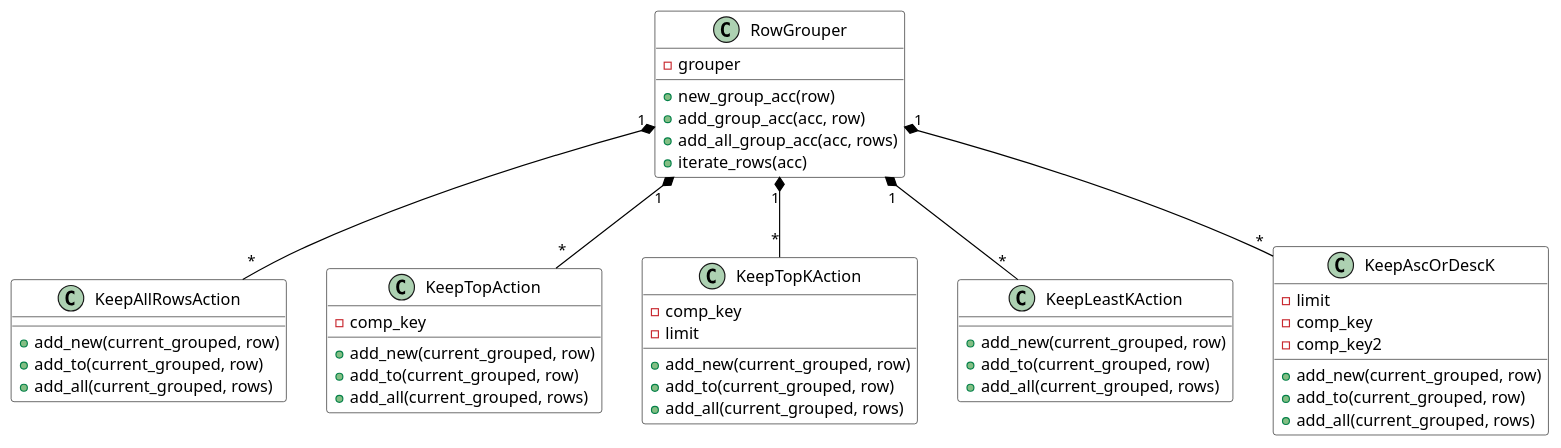
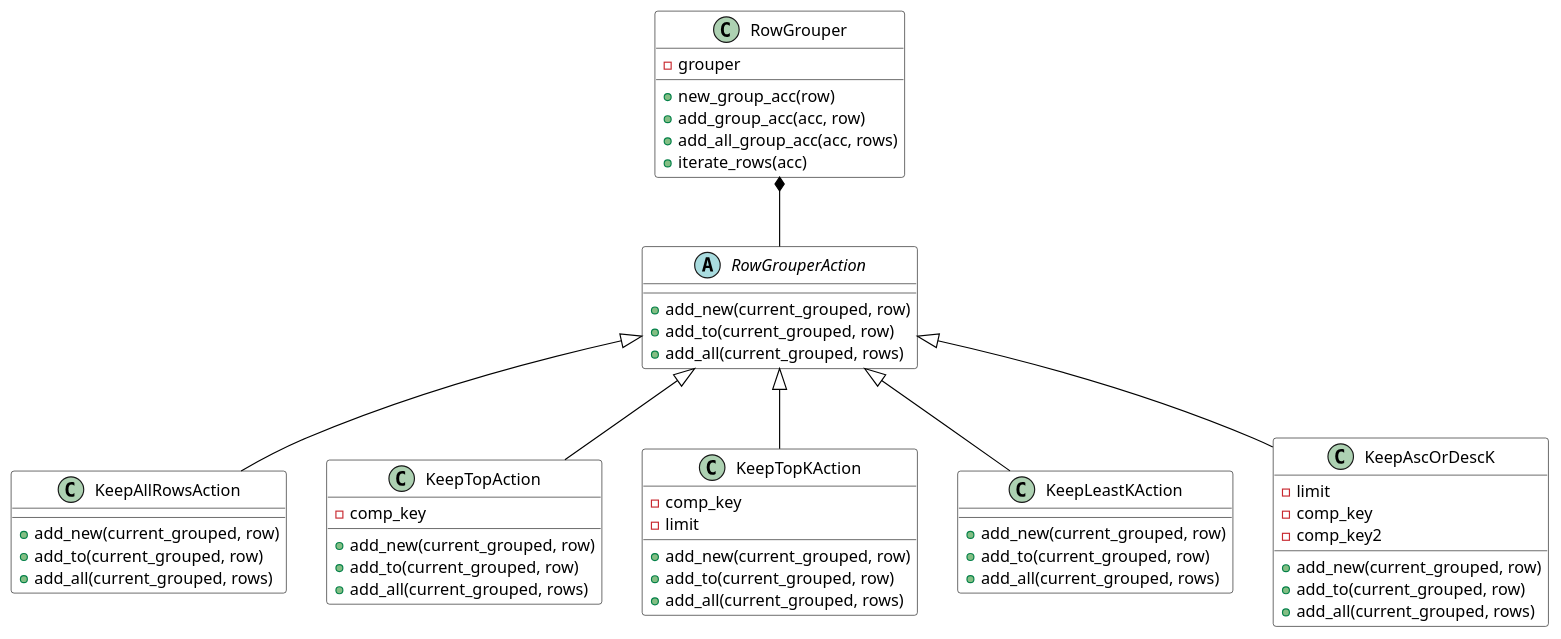
Before and after one commit to SebastianVintonuke/TA050-TP-Design: the diagram in src/img/vista_logica/clases_node_groupby_grouper.puml, drawn with PlantUML. The commit also changed 9 other files, not shown here.

```diff
--- a/src/img/vista_logica/clases_node_groupby_grouper.puml
+++ b/src/img/vista_logica/clases_node_groupby_grouper.puml
@@ -1,59 +1,67 @@
 @startuml
 
 skinparam backgroundColor white
 skinparam classBorderColor black
 skinparam classBackgroundColor white
 skinparam ArrowColor black
 skinparam defaultFontColor black
 
 class KeepAllRowsAction {
     + add_new(current_grouped, row)
     + add_to(current_grouped, row)
     + add_all(current_grouped, rows)
 }
 
 class KeepTopAction {
     - comp_key
     + add_new(current_grouped, row)
     + add_to(current_grouped, row)
     + add_all(current_grouped, rows)
 }
 
 class KeepTopKAction {
     - comp_key
     - limit
     + add_new(current_grouped, row)
     + add_to(current_grouped, row)
     + add_all(current_grouped, rows)
 }
 
 class KeepLeastKAction {
     + add_new(current_grouped, row)
     + add_to(current_grouped, row)
     + add_all(current_grouped, rows)
 }
 
 class KeepAscOrDescK {
     - limit
     - comp_key
     - comp_key2
     + add_new(current_grouped, row)
     + add_to(current_grouped, row)
     + add_all(current_grouped, rows)
 }
 
-RowGrouper "1" *-- "*" KeepAllRowsAction
-RowGrouper "1" *-- "*" KeepTopAction
-RowGrouper "1" *-- "*" KeepTopKAction
-RowGrouper "1" *-- "*" KeepLeastKAction
-RowGrouper "1" *-- "*" KeepAscOrDescK
+RowGrouper *-- RowGrouperAction
+
+RowGrouperAction <|-- KeepAllRowsAction
+RowGrouperAction <|-- KeepTopAction
+RowGrouperAction <|-- KeepTopKAction
+RowGrouperAction <|-- KeepLeastKAction
+RowGrouperAction <|-- KeepAscOrDescK
+
+abstract class RowGrouperAction {
+    + add_new(current_grouped, row)
+    + add_to(current_grouped, row)
+    + add_all(current_grouped, rows)
+}
 
 class RowGrouper {
     - grouper
     + new_group_acc(row)
     + add_group_acc(acc, row)
     + add_all_group_acc(acc, rows)
     + iterate_rows(acc)
 }
 
 @enduml
```
